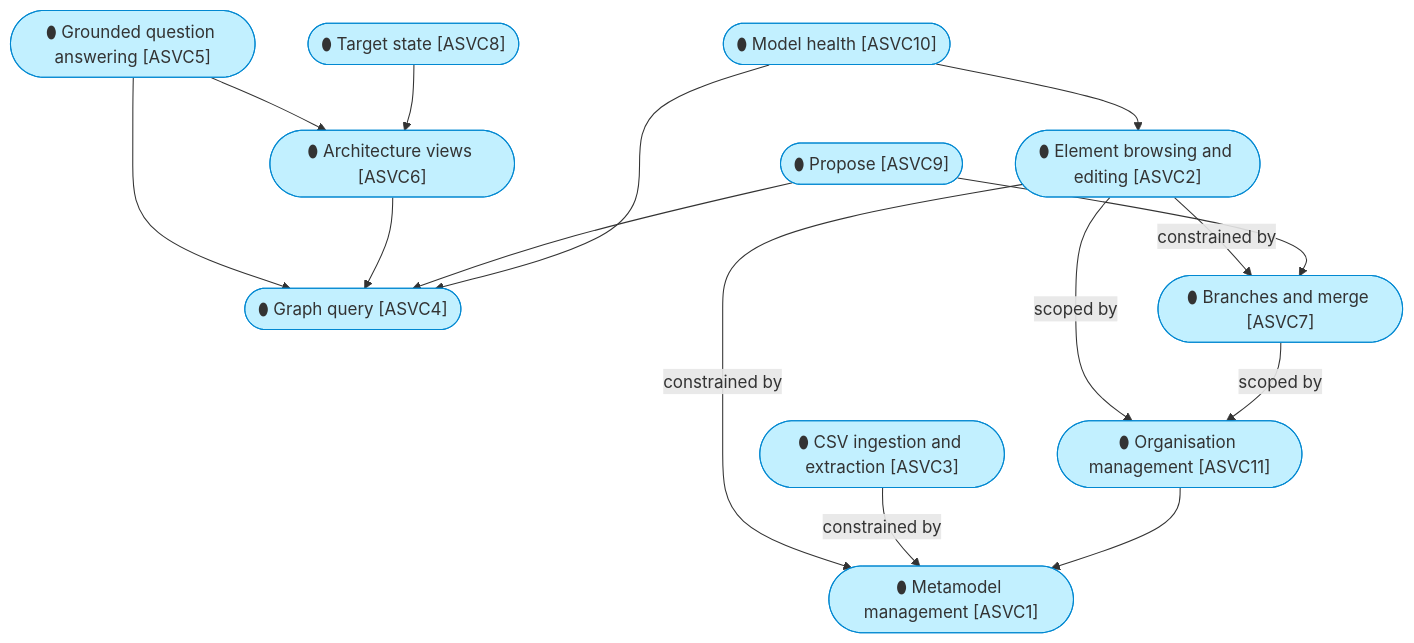
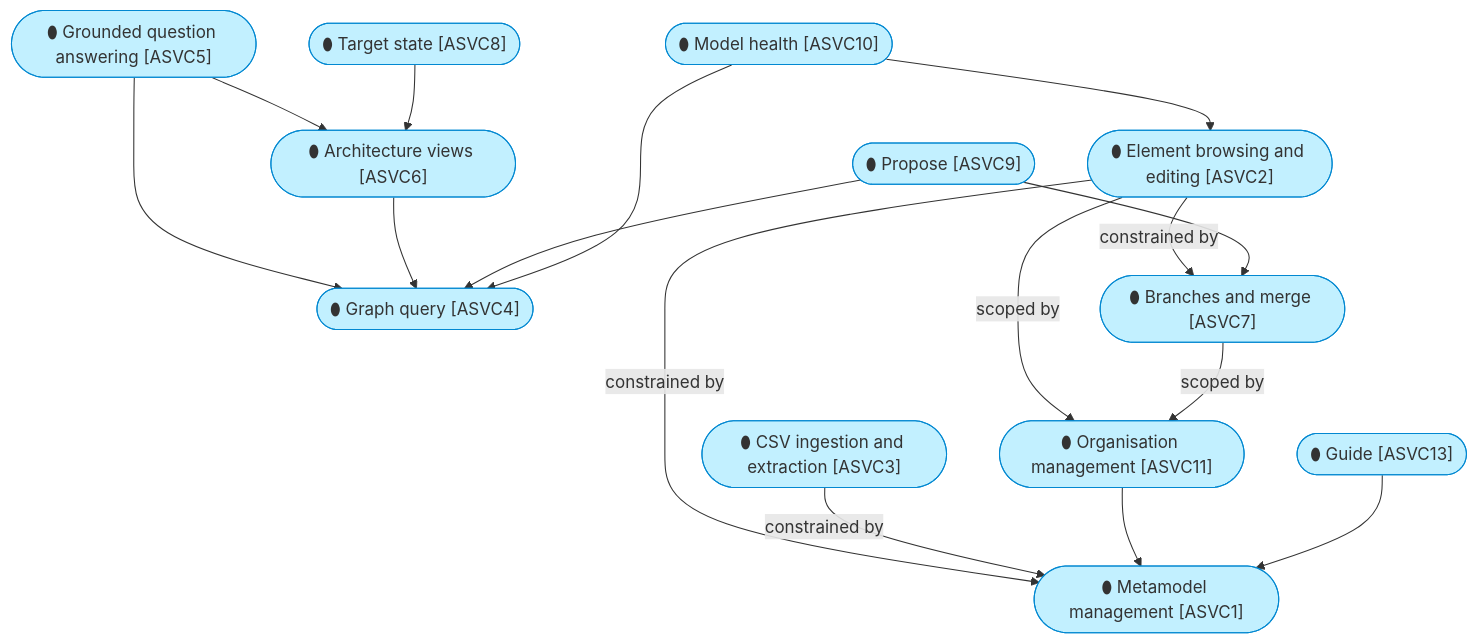
One commit to roanboc/dbx-enterprise-architecture changed the third of 4 diagrams in architecture/4_application/1_application-services.md. Above: the diagram before and after it, drawn with Mermaid. The commit also changed other lines of this file and 11 other files, not shown here.

First line of the commit message:
docs(architecture): initiative 24 built; the layers say what it delivered

````diff
--- a/architecture/4_application/1_application-services.md
+++ b/architecture/4_application/1_application-services.md
@@ -79,30 +83,32 @@
 ```mermaid
 flowchart TB
   s1(["⬮ Metamodel management [ASVC1]"]):::application
   s2(["⬮ Element browsing and editing [ASVC2]"]):::application
   s3(["⬮ CSV ingestion and extraction [ASVC3]"]):::application
   s4(["⬮ Graph query [ASVC4]"]):::application
   s5(["⬮ Grounded question answering [ASVC5]"]):::application
   s6(["⬮ Architecture views [ASVC6]"]):::application
   s7(["⬮ Branches and merge [ASVC7]"]):::application
   s8(["⬮ Target state [ASVC8]"]):::application
   s9(["⬮ Propose [ASVC9]"]):::application
   s10(["⬮ Model health [ASVC10]"]):::application
   s11(["⬮ Organisation management [ASVC11]"]):::application
+  s13(["⬮ Guide [ASVC13]"]):::application
   s2 -->|constrained by| s1
   s3 -->|constrained by| s1
   s2 -->|constrained by| s7
   s5 --> s4
   s5 --> s6
   s6 --> s4
   s8 --> s6
   s9 --> s7
   s9 --> s4
   s10 --> s4
   s10 --> s2
   s11 --> s1
   s2 -->|scoped by| s11
   s7 -->|scoped by| s11
+  s13 --> s1
 
   classDef application fill:#c2f0ff,stroke:#0288d1,color:#333
 ```
````
